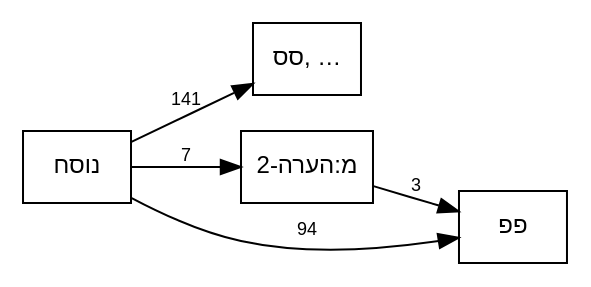
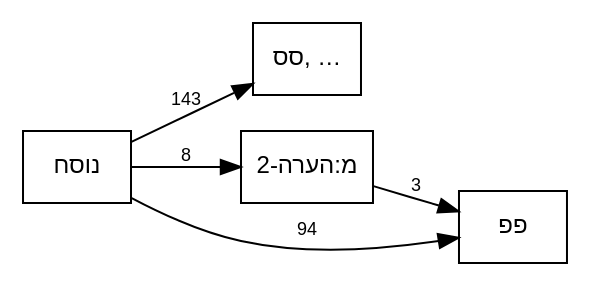
One commit to bdenckla/MAM-basics changed the diagram in out/tmpl-survey-plus/plus-call-graph-c.dot. Above: the diagram before and after it, drawn with Graphviz. The commit also changed 36 other files, not shown here.

```diff
--- a/out/tmpl-survey-plus/plus-call-graph-c.dot
+++ b/out/tmpl-survey-plus/plus-call-graph-c.dot
@@ -1,26 +1,26 @@
 // This file was generated by MAM-basics/py/main_tmpl_survey.py.
 // Do not edit by hand.
 digraph template_call_graph {
     rankdir=LR;
     node [fontname="SBL Hebrew,Helvetica", fontsize=12];
     edge [fontname="Helvetica", fontsize=9];
     graph [comment="This file was generated by MAM-basics/py/main_tmpl_survey.py."];
 
     // Template nodes
     node [shape=box, style=""];
     "סס, …" [tooltip="מ:אין פרשה בתחילת פרק
 מ:אין פרשה בתחילת פרק בספרי אמ״ת
 מ:קישור בהערה
 סס
 ססס
 פפפ
 ר1
 ר4
 ש"];
 
     // Edges
     "מ:הערה-2" -> "פפ" [label="3"];
-    "נוסח" -> "מ:הערה-2" [label="7"];
-    "נוסח" -> "סס, …" [label="141"];
+    "נוסח" -> "מ:הערה-2" [label="8"];
+    "נוסח" -> "סס, …" [label="143"];
     "נוסח" -> "פפ" [label="94"];
 }
```
